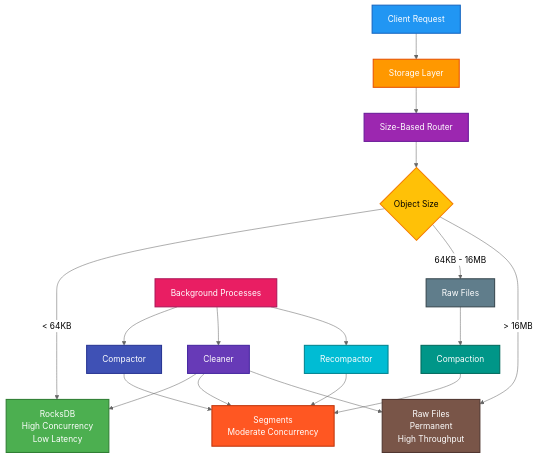
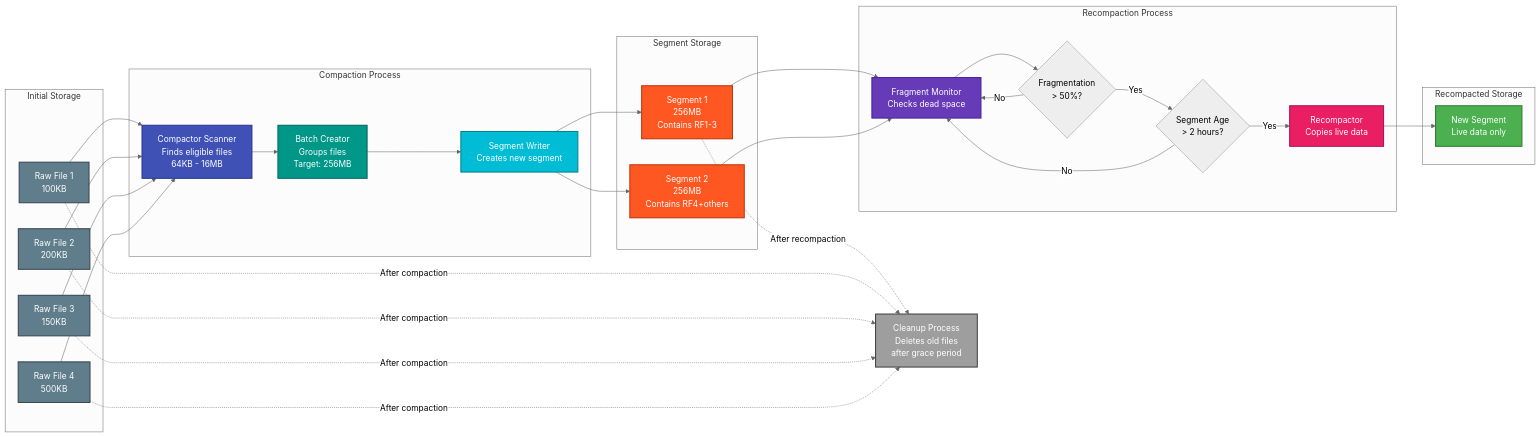
Before and after one commit to tigrisdata/ocache: the third of 3 diagrams in docs/rfcs/RFC-001-storage-architecture.md, drawn with Mermaid (neutral theme). The commit also changed other lines of this file and 2 other files, not shown here.

Commit message:
RFC improvements

````diff
--- a/docs/rfcs/RFC-001-storage-architecture.md
+++ b/docs/rfcs/RFC-001-storage-architecture.md
@@ -31,38 +125,75 @@
 ```mermaid
-graph TD
-    A[Client Request] --> B[Storage Layer]
+flowchart LR
+    subgraph "Initial Storage"
+        RF1[Raw File 1<br/>100KB] 
+        RF2[Raw File 2<br/>200KB]
+        RF3[Raw File 3<br/>150KB]
+        RF4[Raw File 4<br/>500KB]
+    end
+    
+    subgraph "Compaction Process"
+        Scanner[Compactor Scanner<br/>Finds eligible files<br/>64KB - 16MB]
+        Batch[Batch Creator<br/>Groups files<br/>Target: 256MB]
+        Write[Segment Writer<br/>Creates new segment]
+    end
+    
+    subgraph "Segment Storage"
+        Seg1[Segment 1<br/>256MB<br/>Contains RF1-3]
+        Seg2[Segment 2<br/>256MB<br/>Contains RF4+others]
+    end
+    
+    subgraph "Recompaction Process"
+        Monitor[Fragment Monitor<br/>Checks dead space]
+        Check{Fragmentation<br/>> 50%?}
+        Age{Segment Age<br/>> 2 hours?}
+        Recompact[Recompactor<br/>Copies live data]
+    end
+    
+    subgraph "Recompacted Storage"
+        NewSeg[New Segment<br/>Live data only]
+    end
+    
+    RF1 --> Scanner
+    RF2 --> Scanner
+    RF3 --> Scanner
+    RF4 --> Scanner
+    
+    Scanner --> Batch
+    Batch --> Write
+    Write --> Seg1
+    Write --> Seg2
+    
+    Seg1 --> Monitor
+    Seg2 --> Monitor
+    
+    Monitor --> Check
+    Check -->|Yes| Age
+    Check -->|No| Monitor
+    
+    Age -->|Yes| Recompact
+    Age -->|No| Monitor
+    
+    Recompact --> NewSeg
+    
+    Cleanup[Cleanup Process<br/>Deletes old files<br/>after grace period]
+    
+    Seg1 -.->|After recompaction| Cleanup
+    RF1 -.->|After compaction| Cleanup
+    RF2 -.->|After compaction| Cleanup
+    RF3 -.->|After compaction| Cleanup
+    RF4 -.->|After compaction| Cleanup
 
-    B --> C[Size-Based Router]
-
-    C --> D{Object Size}
-    D -->|< 64KB| E[RocksDB<br/>High Concurrency<br/>Low Latency]
-    D -->|64KB - 16MB| F[Raw Files]
-    D -->|> 16MB| G[Raw Files<br/>Permanent<br/>High Throughput]
-
-    F --> H[Compaction]
-    H --> I[Segments<br/>Moderate Concurrency]
-
-    J[Background Processes] --> K[Compactor]
-    J --> L[Cleaner]
-    J --> M[Recompactor]
-
-    K --> I
-    L --> E
-    L --> I
-    L --> G
-    M --> I
-
-    style A fill:#2196F3,stroke:#1565C0,stroke-width:2px,color:#fff
-    style B fill:#FF9800,stroke:#E65100,stroke-width:2px,color:#fff
-    style C fill:#9C27B0,stroke:#6A1B9A,stroke-width:2px,color:#fff
-    style E fill:#4CAF50,stroke:#2E7D32,stroke-width:2px,color:#fff
-    style I fill:#FF5722,stroke:#BF360C,stroke-width:2px,color:#fff
-    style G fill:#795548,stroke:#4E342E,stroke-width:2px,color:#fff
-    style J fill:#E91E63,stroke:#AD1457,stroke-width:2px,color:#fff
-    style F fill:#607D8B,stroke:#37474F,stroke-width:2px,color:#fff
-    style H fill:#009688,stroke:#00695C,stroke-width:2px,color:#fff
-    style K fill:#3F51B5,stroke:#283593,stroke-width:2px,color:#fff
-    style L fill:#673AB7,stroke:#4527A0,stroke-width:2px,color:#fff
-    style M fill:#00BCD4,stroke:#00838F,stroke-width:2px,color:#fff
-    style D fill:#FFC107,stroke:#F57C00,stroke-width:2px,color:#000
+    style RF1 fill:#607D8B,stroke:#37474F,stroke-width:2px,color:#fff
+    style RF2 fill:#607D8B,stroke:#37474F,stroke-width:2px,color:#fff
+    style RF3 fill:#607D8B,stroke:#37474F,stroke-width:2px,color:#fff
+    style RF4 fill:#607D8B,stroke:#37474F,stroke-width:2px,color:#fff
+    style Scanner fill:#3F51B5,stroke:#283593,stroke-width:2px,color:#fff
+    style Batch fill:#009688,stroke:#00695C,stroke-width:2px,color:#fff
+    style Write fill:#00BCD4,stroke:#00838F,stroke-width:2px,color:#fff
+    style Seg1 fill:#FF5722,stroke:#BF360C,stroke-width:2px,color:#fff
+    style Seg2 fill:#FF5722,stroke:#BF360C,stroke-width:2px,color:#fff
+    style Monitor fill:#673AB7,stroke:#4527A0,stroke-width:2px,color:#fff
+    style Recompact fill:#E91E63,stroke:#AD1457,stroke-width:2px,color:#fff
+    style NewSeg fill:#4CAF50,stroke:#2E7D32,stroke-width:2px,color:#fff
+    style Cleanup fill:#9E9E9E,stroke:#424242,stroke-width:2px,color:#fff
 ```
````
